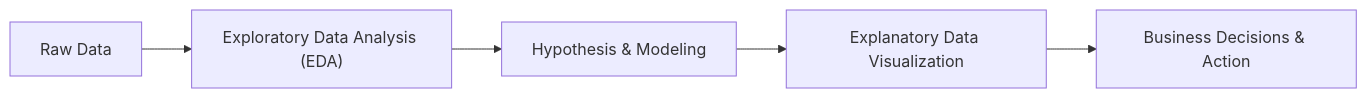
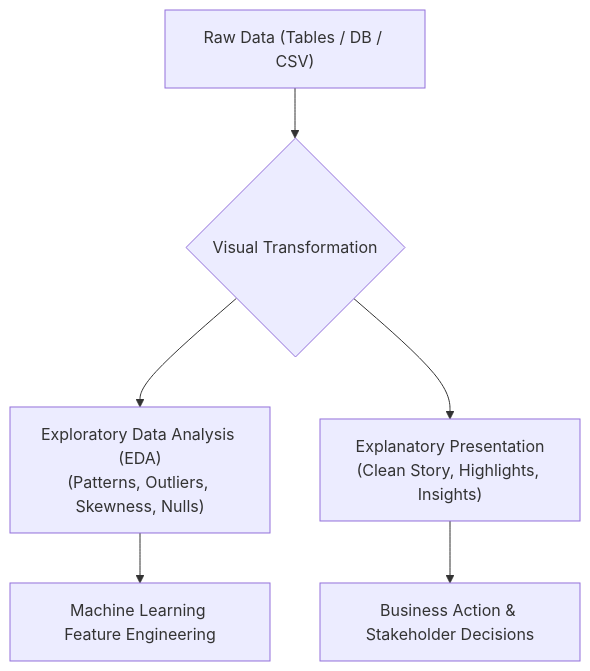
The diagram in lecture_18/Notes_18.01/README.md (S1h2i3v4a/AI_ML), drawn with Mermaid before and after one commit. The commit also changed other lines of this file and 71 other files, not shown here.

Commit message:
docs(lecture 18): align notes with video lectures, add blackboard diagrams, clean structured functions, and compile vector PDFs

````diff
--- a/lecture_18/Notes_18.01/README.md
+++ b/lecture_18/Notes_18.01/README.md
@@ -24,7 +18,8 @@
 ```mermaid
-flowchart LR
-    A["Raw Data"] --> B["Exploratory Data Analysis (EDA)"]
-    B --> C["Hypothesis & Modeling"]
-    C --> D["Explanatory Data Visualization"]
-    D --> E["Business Decisions & Action"]
+flowchart TD
+    A["Raw Data (Tables / DB / CSV)"] --> B{"Visual Transformation"}
+    B --> C["Exploratory Data Analysis (EDA)<br/>(Patterns, Outliers, Skewness, Nulls)"]
+    B --> D["Explanatory Presentation<br/>(Clean Story, Highlights, Insights)"]
+    C --> E["Machine Learning Feature Engineering"]
+    D --> F["Business Action & Stakeholder Decisions"]
 ```
````
